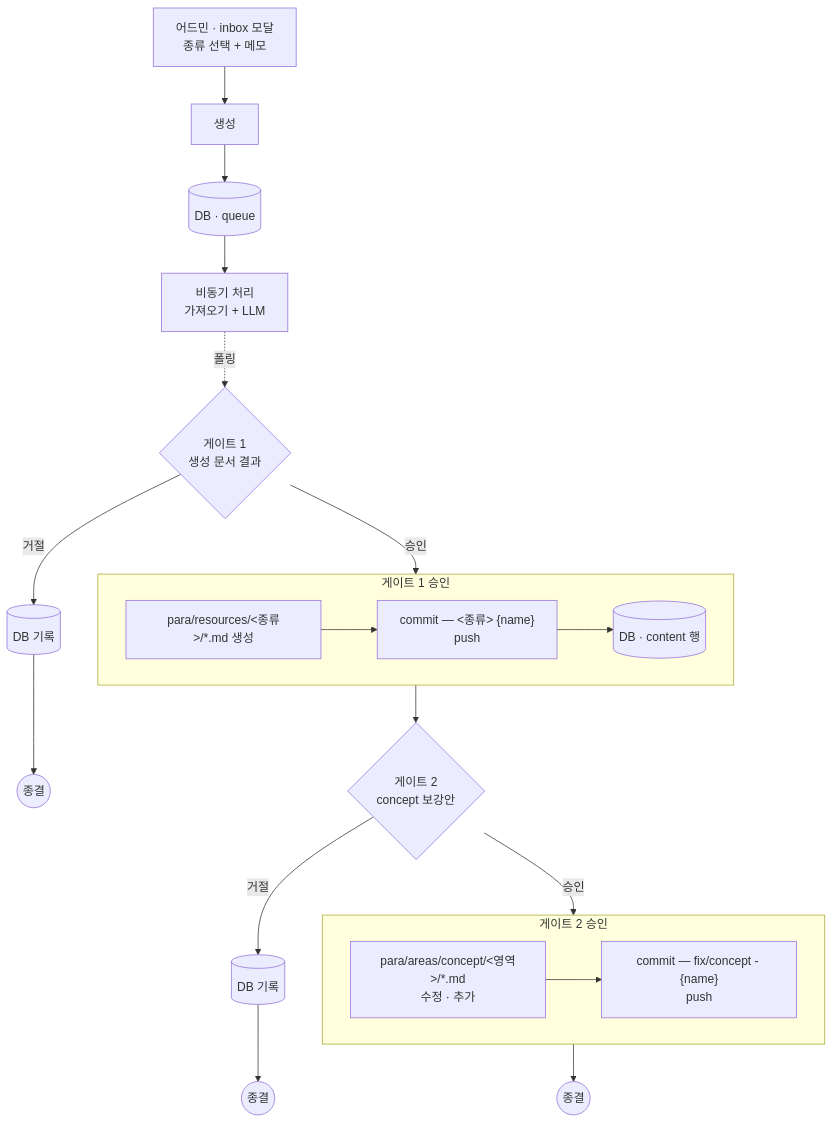
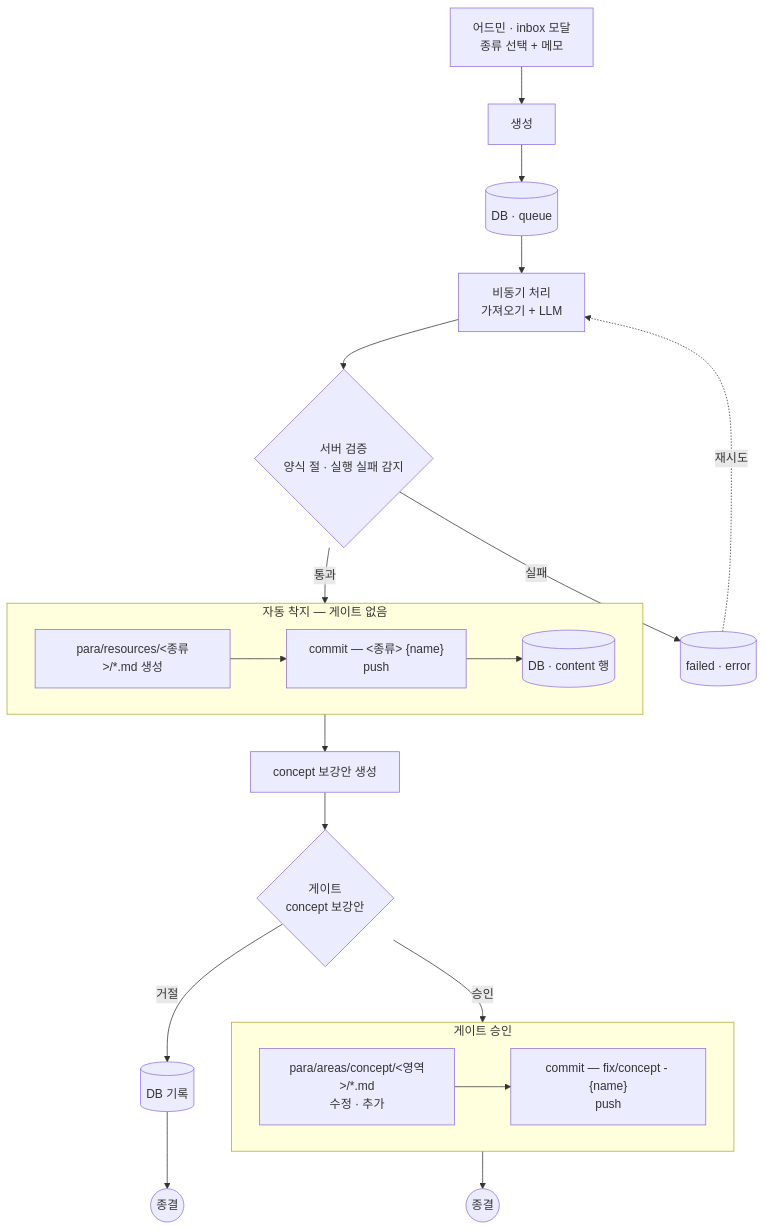
Before and after one commit to kknaks/kknaks_profile: the first of 7 diagrams in case_flow.md, drawn with Mermaid. The commit also changed other lines of this file and 4 other files, not shown here.

First line of the commit message:
docs: 정본 개정 — inbox.md 신설 · erd queue/gate/git_token/daily · 케이스1 자동 착지

````diff
--- a/case_flow.md
+++ b/case_flow.md
@@ -53,32 +53,29 @@
 ```mermaid
 flowchart TD
     A["어드민 · inbox 모달<br/>종류 선택 + 메모"] --> B["생성"]
     B --> C[("DB · queue")]
     C --> D["비동기 처리<br/>가져오기 + LLM"]
-    D -.폴링.-> G1
+    D --> V{"서버 검증<br/>양식 절 · 실행 실패 감지"}
+    V -->|실패| F[("failed · error")] -.재시도.-> D
+    V -->|통과| S1
 
-    G1{"게이트 1<br/>생성 문서 결과"}
-    G1 -->|거절| X1[("DB 기록")] --> E1(("종결"))
-    G1 -->|승인| S1
-
-    subgraph S1["게이트 1 승인"]
+    subgraph S1["자동 착지 — 게이트 없음"]
         M1["para/resources/&lt;종류&gt;/*.md 생성"]
+        P1["commit — &lt;종류&gt; {name}<br/>push"]
         R1[("DB · content 행")]
-        P1["commit — &lt;종류&gt; {name}<br/>push"]
         M1 --> P1 --> R1
     end
 
-    S1 --> G2
-
-    G2{"게이트 2<br/>concept 보강안"}
+    S1 --> E["concept 보강안 생성"]
+    E --> G2{"게이트<br/>concept 보강안"}
     G2 -->|거절| X2[("DB 기록")] --> E2(("종결"))
     G2 -->|승인| S2
 
-    subgraph S2["게이트 2 승인"]
+    subgraph S2["게이트 승인"]
         M2["para/areas/concept/&lt;영역&gt;/*.md<br/>수정 · 추가"]
         P2["commit — fix/concept - {name}<br/>push"]
         M2 --> P2
     end
 
     S2 --> E3(("종결"))
 ```
````
